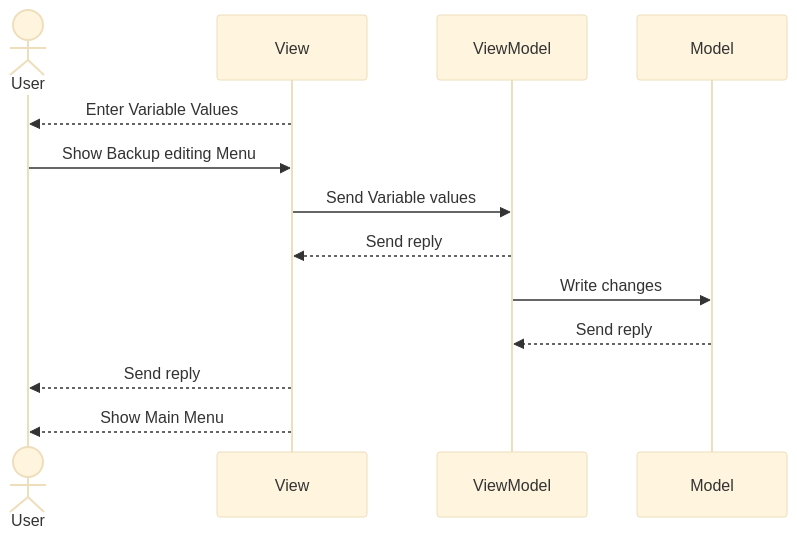
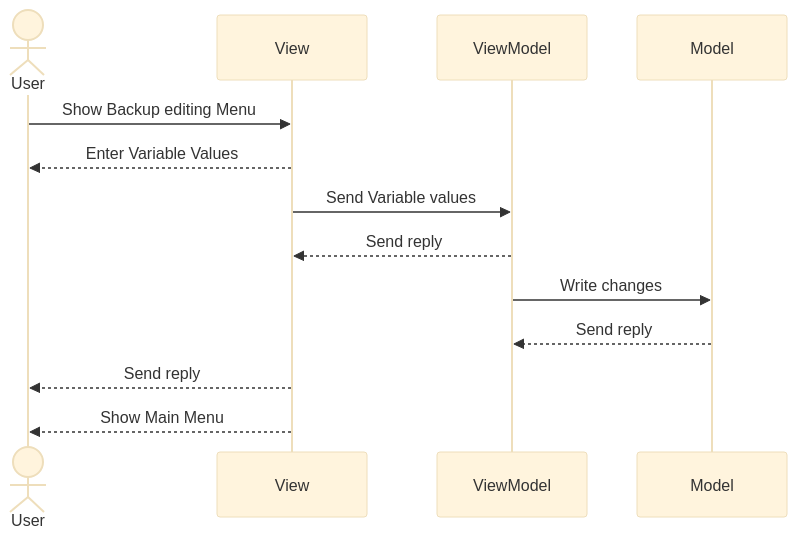
Before and after one commit to mboss7/CesiProgSys: the third of 7 diagrams in Diagrams/DiagSequences/DiagSequenceProjet.md, drawn with Mermaid (base theme). The commit also changed other lines of this file, not shown here.

````diff
--- a/Diagrams/DiagSequences/DiagSequenceProjet.md
+++ b/Diagrams/DiagSequences/DiagSequenceProjet.md
@@ -21,12 +21,12 @@
 ```mermaid
 sequenceDiagram
 Actor User
+User ->>View: Show Backup editing Menu
 View -->>User: Enter Variable Values
-User ->>View: Show Backup editing Menu
 View ->>ViewModel: Send Variable values
 ViewModel -->>View: Send reply 
 ViewModel ->>Model: Write changes
 Model -->>ViewModel: Send reply
 View -->>User: Send reply
 View -->>User: Show Main Menu
 ```
````
